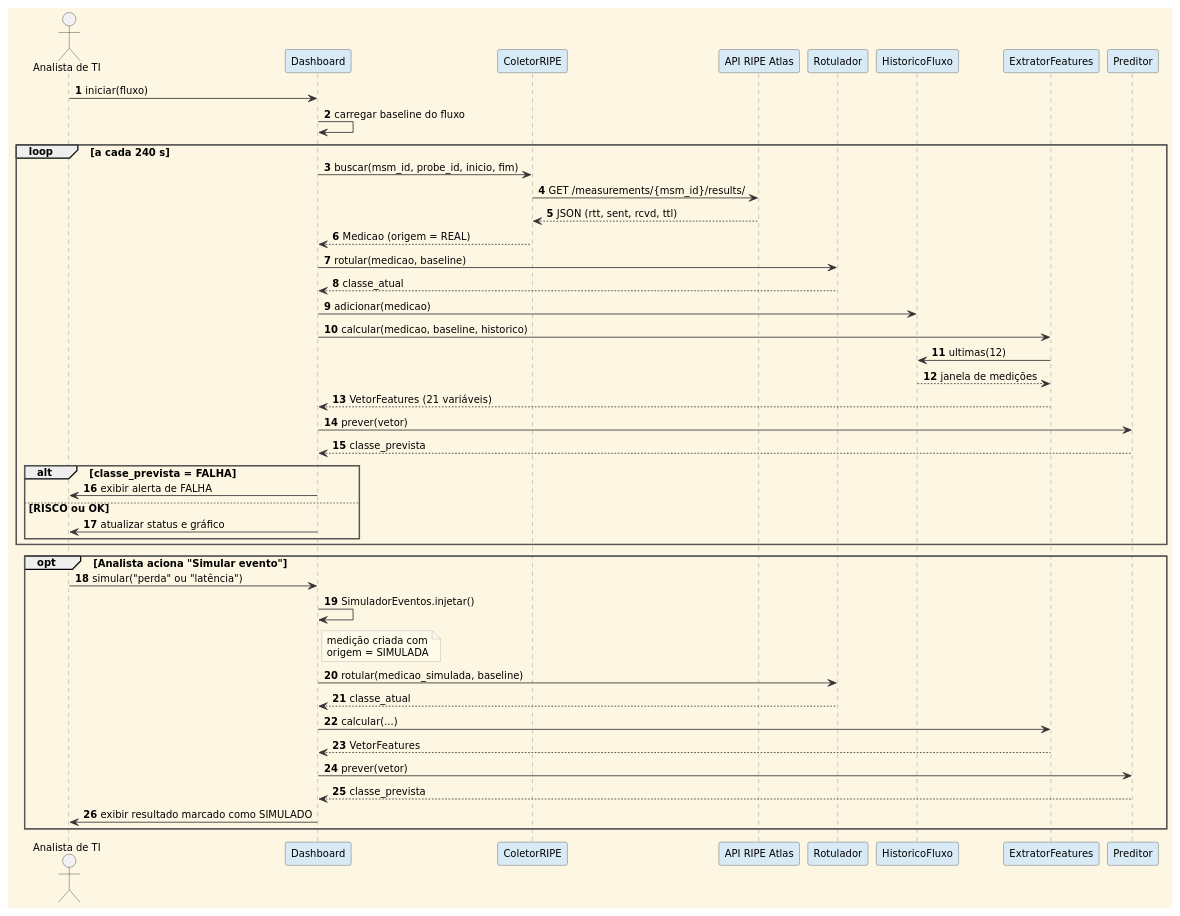
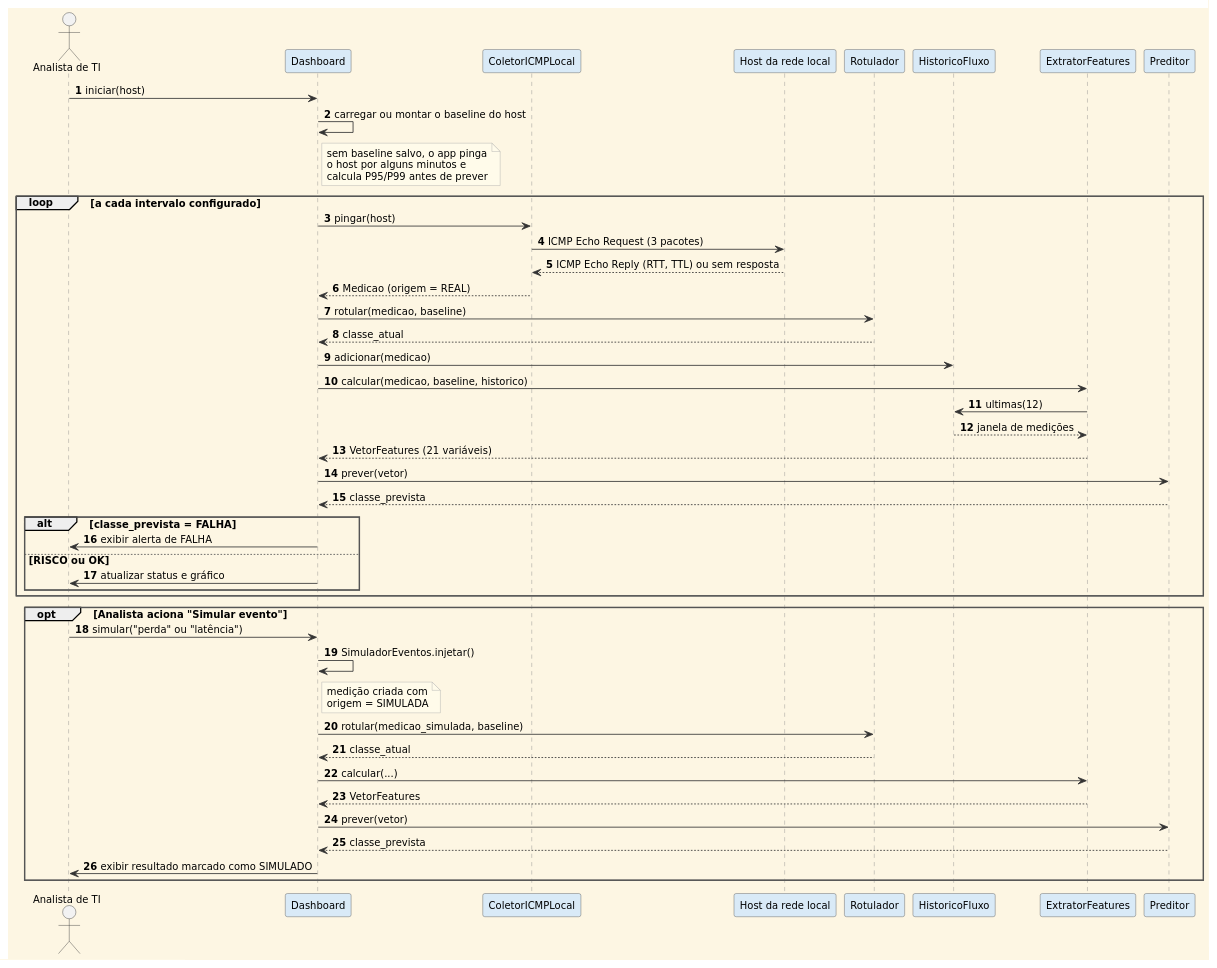
The diagram in analise_de_sistemas/uml/03_sequencia.puml (GzTop1/Redes-Projeto), drawn with PlantUML before and after one commit.

Commit message:
Atualizando UML

```diff
--- a/analise_de_sistemas/uml/03_sequencia.puml
+++ b/analise_de_sistemas/uml/03_sequencia.puml
@@ -1,70 +1,71 @@
 @startuml
 skinparam backgroundColor #FDF6E3
 skinparam defaultFontName DejaVu Sans
 skinparam defaultFontSize 12
 skinparam shadowing false
 skinparam ArrowColor #333333
 skinparam ActorBorderColor #333333
 skinparam ActorBackgroundColor #F2F2F2
 skinparam UsecaseBorderColor #555555
 skinparam UsecaseBackgroundColor #F2F2F2
 skinparam ClassBorderColor #555555
 skinparam ClassBackgroundColor #FFFFFF
 skinparam ClassHeaderBackgroundColor #D9EAF7
 skinparam ParticipantBorderColor #555555
 skinparam ParticipantBackgroundColor #D9EAF7
 skinparam SequenceLifeLineBorderColor #888888
 skinparam ActivityBorderColor #555555
 skinparam ActivityBackgroundColor #FFFFFF
 skinparam ActivityDiamondBackgroundColor #FFF0D9
 skinparam ActivityDiamondBorderColor #555555
 skinparam SwimlaneBorderColor #888888
 skinparam NoteBackgroundColor #FFFBEA
 skinparam NoteBorderColor #AAAAAA
 skinparam PackageBorderColor #555555
 autonumber
 actor "Analista de TI" as ANA
 participant "Dashboard" as DB
-participant "ColetorRIPE" as COL
-participant "API RIPE Atlas" as API
+participant "ColetorICMPLocal" as COL
+participant "Host da rede local" as HOST
 participant "Rotulador" as ROT
 participant "HistoricoFluxo" as HIS
 participant "ExtratorFeatures" as EXT
 participant "Preditor" as PRE
 
-ANA -> DB : iniciar(fluxo)
-DB -> DB : carregar baseline do fluxo
-loop a cada 240 s
-  DB -> COL : buscar(msm_id, probe_id, inicio, fim)
-  COL -> API : GET /measurements/{msm_id}/results/
-  API --> COL : JSON (rtt, sent, rcvd, ttl)
+ANA -> DB : iniciar(host)
+DB -> DB : carregar ou montar o baseline do host
+note right of DB : sem baseline salvo, o app pinga\no host por alguns minutos e\ncalcula P95/P99 antes de prever
+loop a cada intervalo configurado
+  DB -> COL : pingar(host)
+  COL -> HOST : ICMP Echo Request (3 pacotes)
+  HOST --> COL : ICMP Echo Reply (RTT, TTL) ou sem resposta
   COL --> DB : Medicao (origem = REAL)
   DB -> ROT : rotular(medicao, baseline)
   ROT --> DB : classe_atual
   DB -> HIS : adicionar(medicao)
   DB -> EXT : calcular(medicao, baseline, historico)
   EXT -> HIS : ultimas(12)
   HIS --> EXT : janela de medições
   EXT --> DB : VetorFeatures (21 variáveis)
   DB -> PRE : prever(vetor)
   PRE --> DB : classe_prevista
   alt classe_prevista = FALHA
     DB -> ANA : exibir alerta de FALHA
   else RISCO ou OK
     DB -> ANA : atualizar status e gráfico
   end
 end
 
 opt Analista aciona "Simular evento"
   ANA -> DB : simular("perda" ou "latência")
   DB -> DB : SimuladorEventos.injetar()
   note right of DB : medição criada com\norigem = SIMULADA
   DB -> ROT : rotular(medicao_simulada, baseline)
   ROT --> DB : classe_atual
   DB -> EXT : calcular(...)
   EXT --> DB : VetorFeatures
   DB -> PRE : prever(vetor)
   PRE --> DB : classe_prevista
   DB -> ANA : exibir resultado marcado como SIMULADO
 end
 @enduml
```
